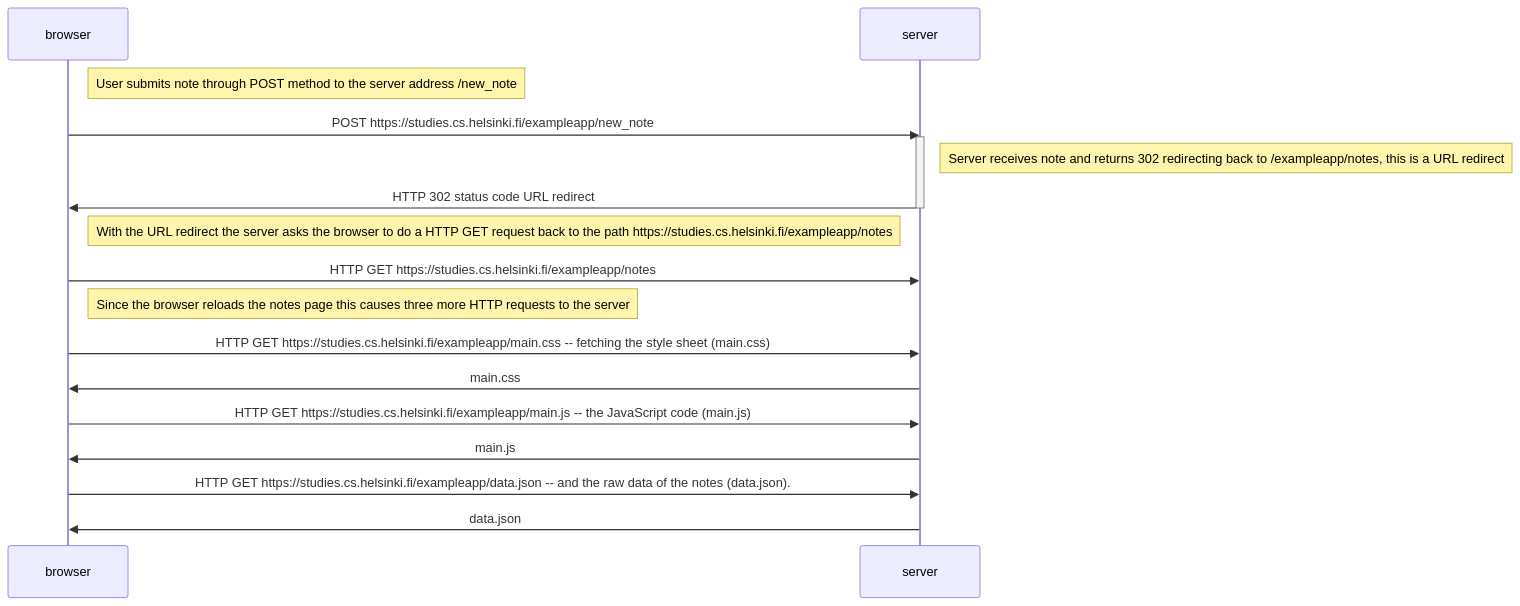
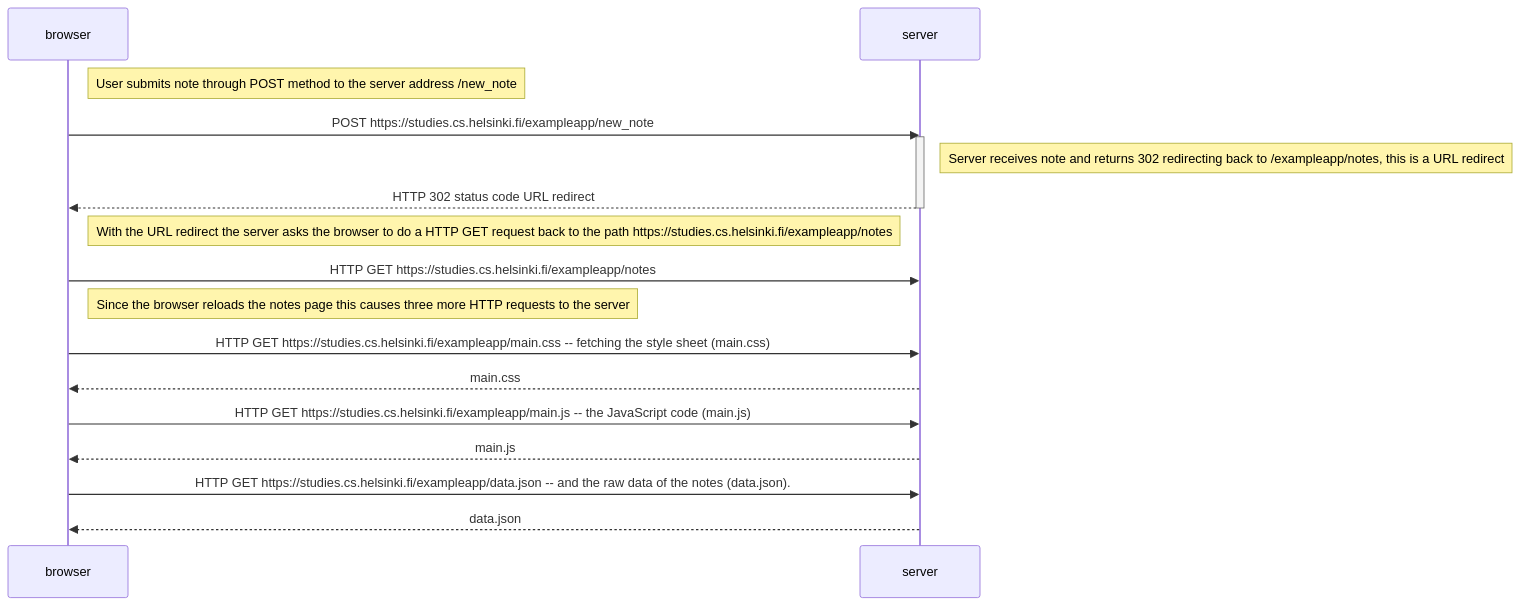
The diagram in part0/new_note_04.md (Otxobot/FullstackOpenUniversity), drawn with Mermaid before and after one commit.

````diff
--- a/part0/new_note_04.md
+++ b/part0/new_note_04.md
@@ -1,25 +1,25 @@
 ```mermaid
     sequenceDiagram
         participant browser
         participant server
 
         Note right of browser: User submits note through POST method to the server address /new_note
         browser->>server: POST https://studies.cs.helsinki.fi/exampleapp/new_note
         activate server
         Note right of server: Server receives note and returns 302 redirecting back to /exampleapp/notes, this is a URL redirect
-        server->>browser: HTTP 302 status code URL redirect
+        server-->>browser: HTTP 302 status code URL redirect
         deactivate server
 
         Note right of browser: With the URL redirect the server asks the browser to do a HTTP GET request back to the path https://studies.cs.helsinki.fi/exampleapp/notes
         browser->>server: HTTP GET https://studies.cs.helsinki.fi/exampleapp/notes
         Note right of browser: Since the browser reloads the notes page this causes three more HTTP requests to the server
         browser->>server: HTTP GET https://studies.cs.helsinki.fi/exampleapp/main.css -- fetching the style sheet (main.css)
-        server->>browser: main.css
+        server-->>browser: main.css
         browser->>server: HTTP GET https://studies.cs.helsinki.fi/exampleapp/main.js -- the JavaScript code (main.js)
-        server->>browser: main.js
+        server-->>browser: main.js
         browser->>server: HTTP GET https://studies.cs.helsinki.fi/exampleapp/data.json -- and the raw data of the notes (data.json).
-        server->>browser: data.json
+        server-->>browser: data.json
 
         
         
 ```
````
